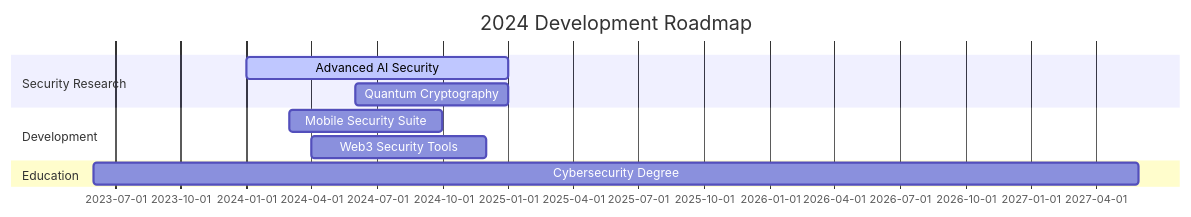
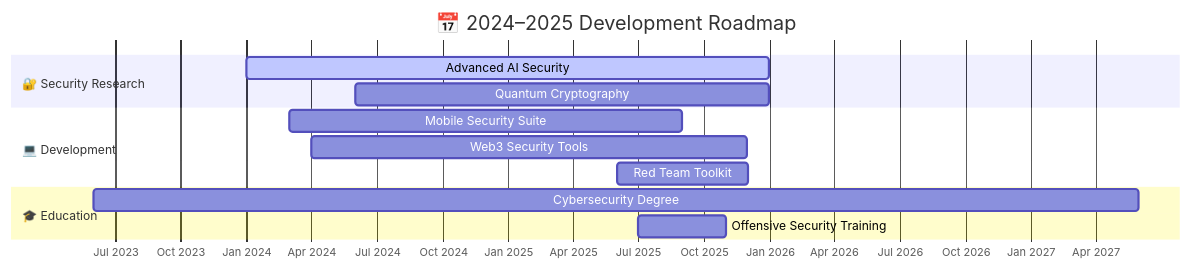
Before and after one commit to Tamilselvan-S-Cyber-Security/Tamilselvan-S-Cyber-Security: the sixth of 6 diagrams in README.md, drawn with Mermaid. The commit also changed other lines of this file, not shown here.

````diff
--- a/README.md
+++ b/README.md
@@ -354,13 +354,19 @@
 ```mermaid
 gantt
-    title 2024 Development Roadmap
+    title 📅 2024–2025 Development Roadmap
     dateFormat  YYYY-MM-DD
-    section Security Research
-    Advanced AI Security    :active, ai-sec, 2024-01-01, 2024-12-31
-    Quantum Cryptography    :quantum, 2024-06-01, 2024-12-31
-    section Development
-    Mobile Security Suite   :mobile, 2024-03-01, 2024-09-30
-    Web3 Security Tools     :web3, 2024-04-01, 2024-11-30
-    section Education
-    Cybersecurity Degree   :degree, 2023-06-01, 2027-05-31
+    axisFormat  %b %Y
+
+    section 🔐 Security Research
+    Advanced AI Security        :active, ai-sec, 2024-01-01, 2025-12-31
+    Quantum Cryptography        :quantum, 2024-06-01, 2025-12-31
+
+    section 💻 Development
+    Mobile Security Suite       :mobile, 2024-03-01, 2025-08-31
+    Web3 Security Tools         :web3, 2024-04-01, 2025-11-30
+    Red Team Toolkit            :redteam, 2025-06-01, 2025-12-01
+
+    section 🎓 Education
+    Cybersecurity Degree        :degree, 2023-06-01, 2027-05-31
+    Offensive Security Training :oscp, 2025-07-01, 2025-10-31
 ```
````
